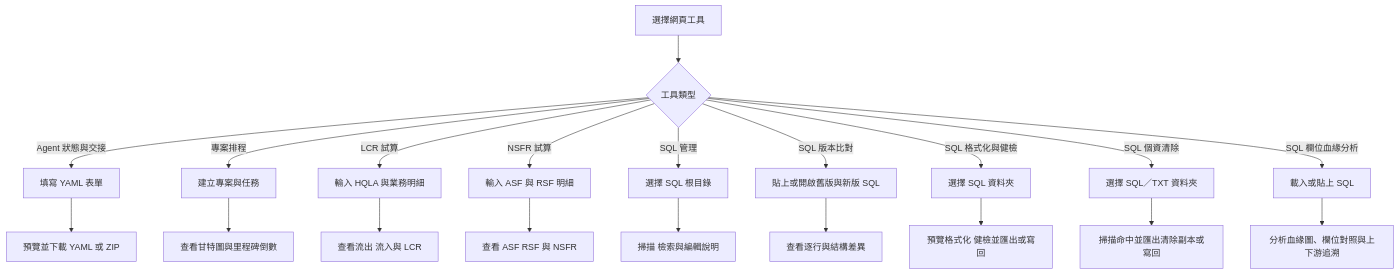
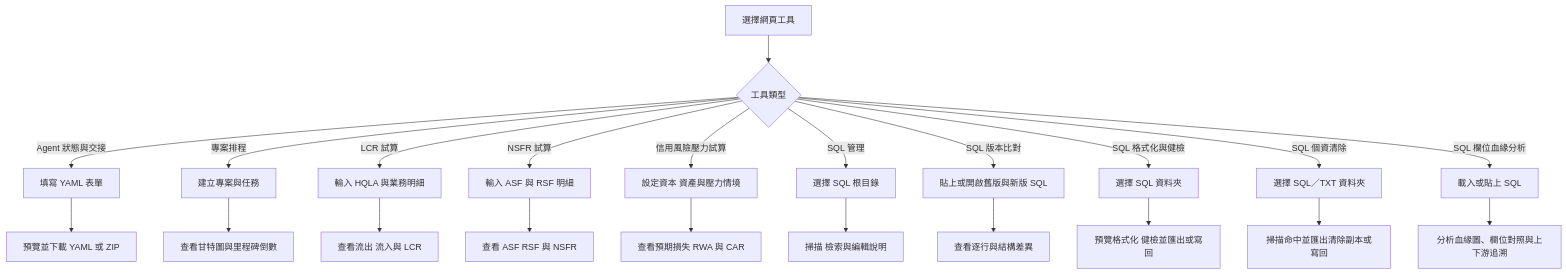
The first of 10 diagrams in README.md (DunkLiao/my-spa-tools), drawn with Mermaid before and after one commit. The commit also changed other lines of this file and 1 other file, not shown here.

````diff
--- a/README.md
+++ b/README.md
@@ -51,22 +53,24 @@
 ```mermaid
 flowchart TD
     A[選擇網頁工具] --> B{工具類型}
     B -->|Agent 狀態與交接| C[填寫 YAML 表單]
     B -->|專案排程| D[建立專案與任務]
     B -->|LCR 試算| E[輸入 HQLA 與業務明細]
     B -->|NSFR 試算| K[輸入 ASF 與 RSF 明細]
+    B -->|信用風險壓力試算| U[設定資本 資產與壓力情境]
     B -->|SQL 管理| I[選擇 SQL 根目錄]
     B -->|SQL 版本比對| M[貼上或開啟舊版與新版 SQL]
     B -->|SQL 格式化與健檢| N[選擇 SQL 資料夾]
     B -->|SQL 個資清除| Q[選擇 SQL／TXT 資料夾]
     B -->|SQL 欄位血緣分析| S[載入或貼上 SQL]
     C --> F[預覽並下載 YAML 或 ZIP]
     D --> G[查看甘特圖與里程碑倒數]
     E --> H[查看流出 流入與 LCR]
     K --> L[查看 ASF RSF 與 NSFR]
+    U --> V[查看預期損失 RWA 與 CAR]
     I --> J[掃描 檢索與編輯說明]
     M --> O[查看逐行與結構差異]
     N --> P[預覽格式化 健檢並匯出或寫回]
     Q --> R[掃描命中並匯出清除副本或寫回]
     S --> T[分析血緣圖、欄位對照與上下游追溯]
 ```
````
